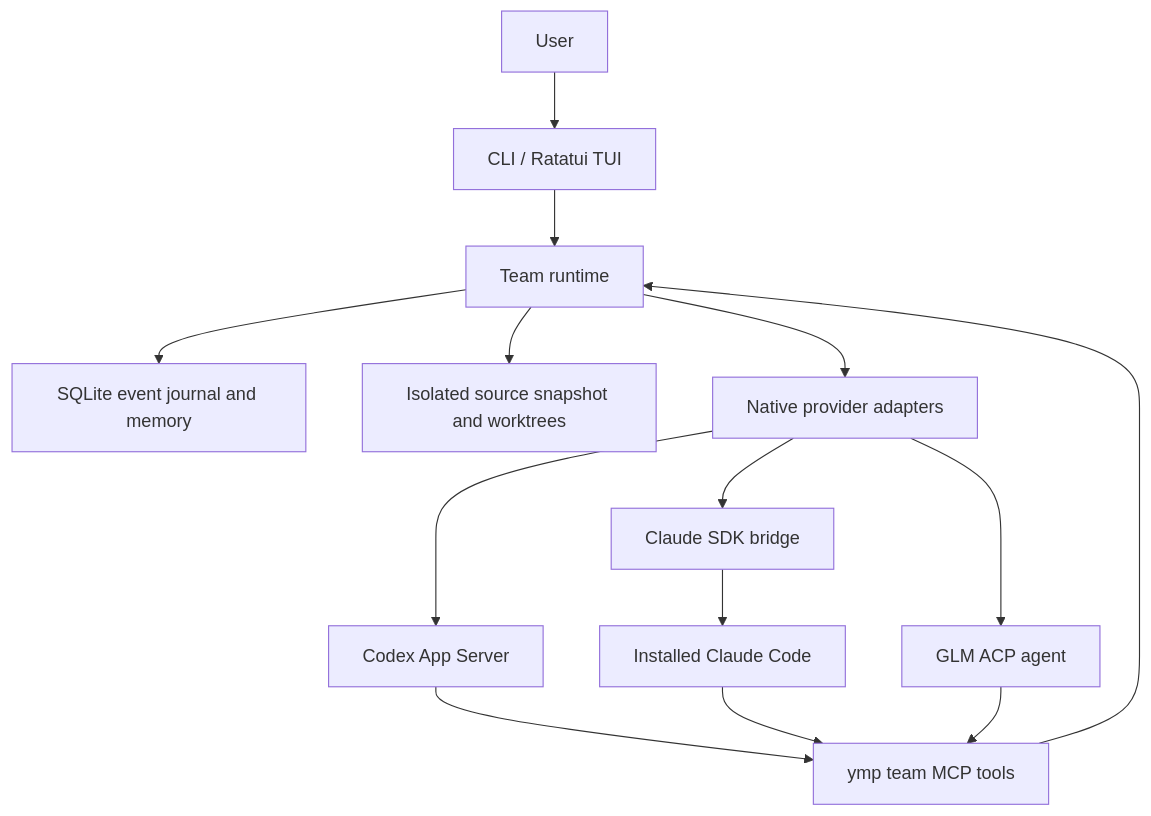
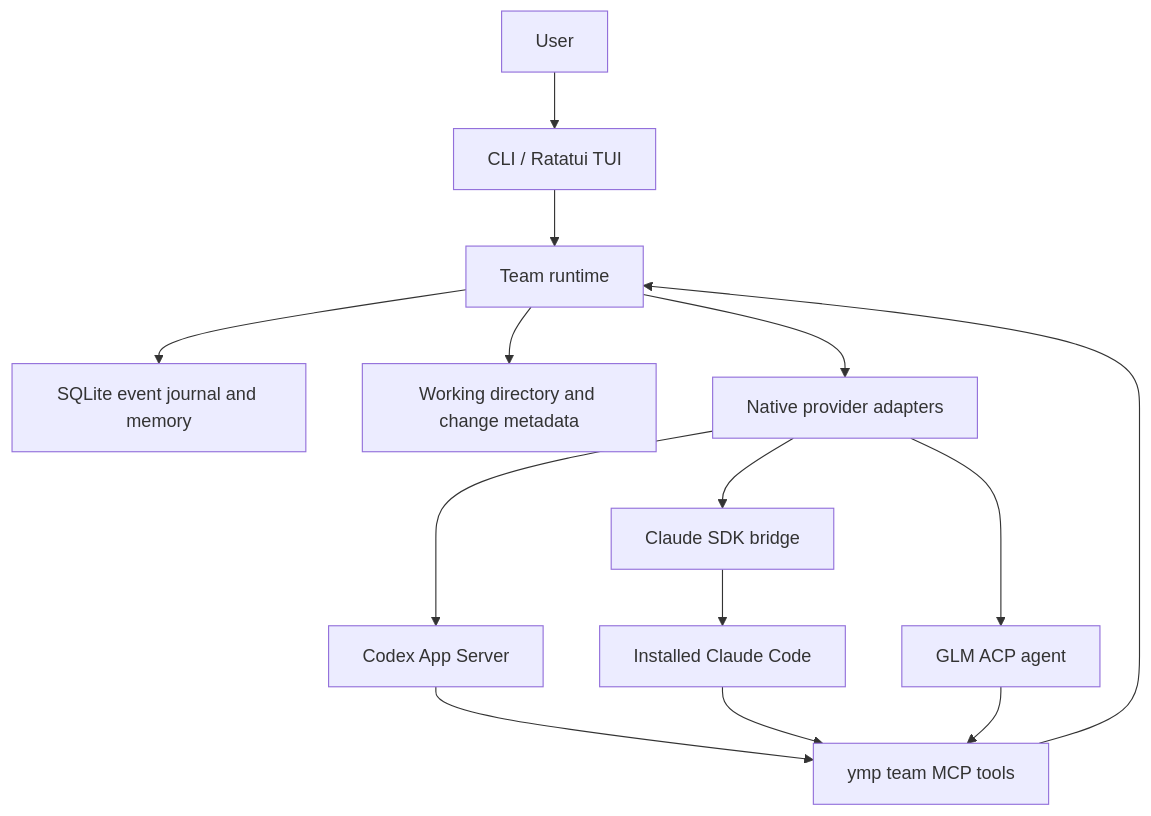
One commit to maggnus/ymp changed the diagram in ymp-docs/architecture/system.md. Above: the diagram before and after it, drawn with Mermaid. The commit also changed other lines of this file and 33 other files, not shown here.

````diff
--- a/ymp-docs/architecture/system.md
+++ b/ymp-docs/architecture/system.md
@@ -5,14 +5,14 @@
 ```mermaid
 flowchart TD
   User[User] --> CLI[CLI / Ratatui TUI]
   CLI --> Runtime[Team runtime]
   Runtime --> Store[SQLite event journal and memory]
-  Runtime --> Workspace[Isolated source snapshot and worktrees]
+  Runtime --> Workspace[Working directory and change metadata]
   Runtime --> Providers[Native provider adapters]
   Providers --> Codex[Codex App Server]
   Providers --> Bridge[Claude SDK bridge]
   Bridge --> Claude[Installed Claude Code]
   Providers --> GLM[GLM ACP agent]
   Codex & Claude & GLM --> MCP[ymp team MCP tools]
   MCP --> Runtime
 ```
````
